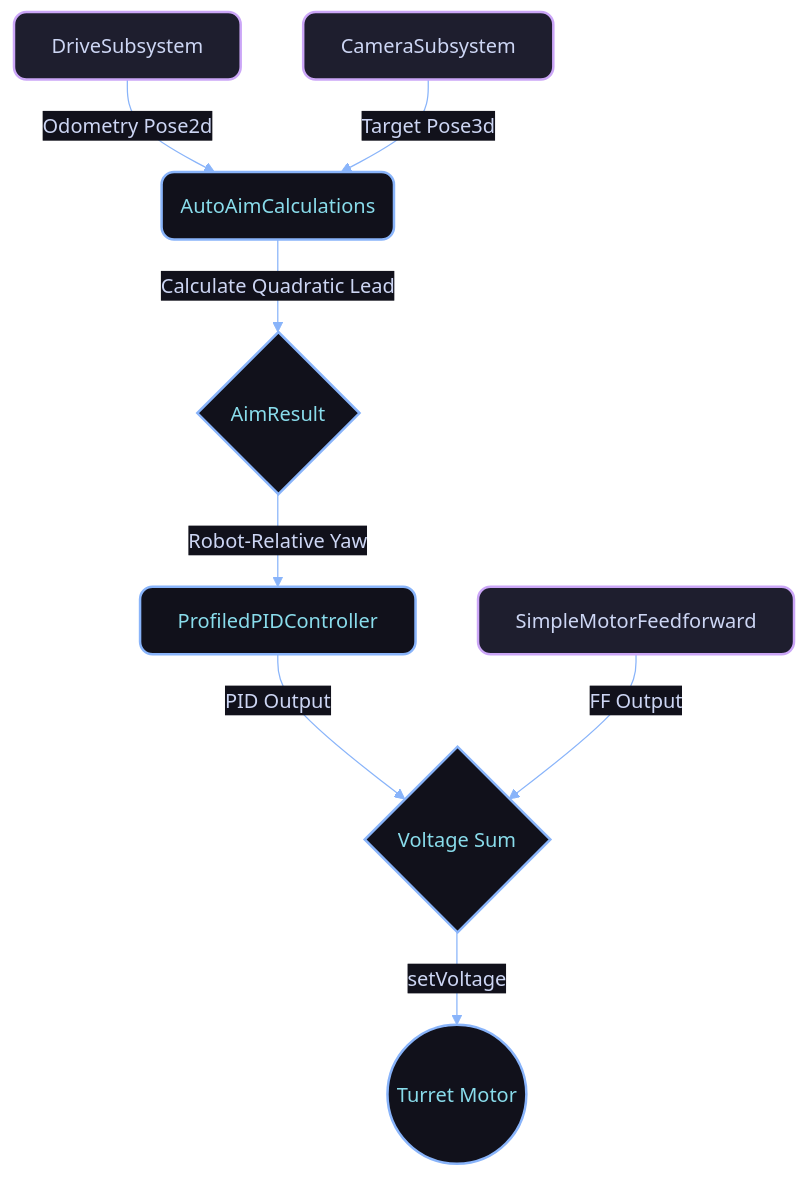
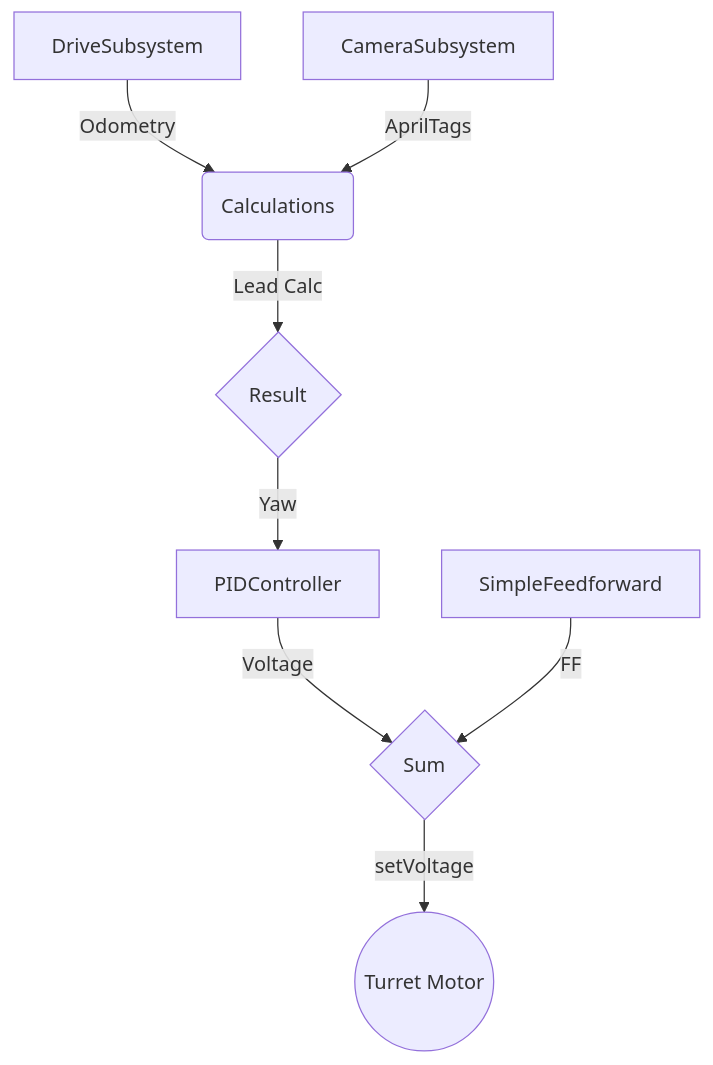
Before and after one commit to MiamiBeachBots/2026-bot: the first of 3 diagrams in README.md, drawn with Mermaid. The commit also changed other lines of this file and 20 other files, not shown here.

Commit message:
[Docs] Humanize design and text; fix diagrams; update footer

````diff
--- a/README.md
+++ b/README.md
@@ -163,16 +58,10 @@
 ```mermaid
-%%{init: {'theme': 'base', 'themeVariables': { 'background': '#11111b', 'primaryColor': '#1e1e2e', 'primaryBorderColor': '#cba6f7', 'primaryTextColor': '#cdd6f4', 'lineColor': '#89b4fa', 'edgeLabelBackground': '#11111b', 'labelColor': '#cdd6f4'}}}%%
 graph TD
-  A[DriveSubsystem] -->|Odometry Pose2d| C(AutoAimCalculations)
-  B[CameraSubsystem] -->|Target Pose3d| C
-  C -->|Calculate Quadratic Lead| D{AimResult}
-  D -->|Robot-Relative Yaw| E[ProfiledPIDController]
-  E -->|PID Output| G{Voltage Sum}
-  F[SimpleMotorFeedforward] -->|FF Output| G
+  A[DriveSubsystem] -->|Odometry| C(Calculations)
+  B[CameraSubsystem] -->|AprilTags| C
+  C -->|Lead Calc| D{Result}
+  D -->|Yaw| E[PIDController]
+  E -->|Voltage| G{Sum}
+  F[SimpleFeedforward] -->|FF| G
   G -->|setVoltage| H((Turret Motor))
-
-  classDef default fill:#1e1e2e,stroke:#cba6f7,stroke-width:2px,color:#cdd6f4,rx:10,ry:10;
-  classDef highlight fill:#11111b,stroke:#89b4fa,stroke-width:2px,color:#89dceb,rx:10,ry:10;
-  class A,B,F default;
-  class C,D,E,G,H highlight;
 ```
````
